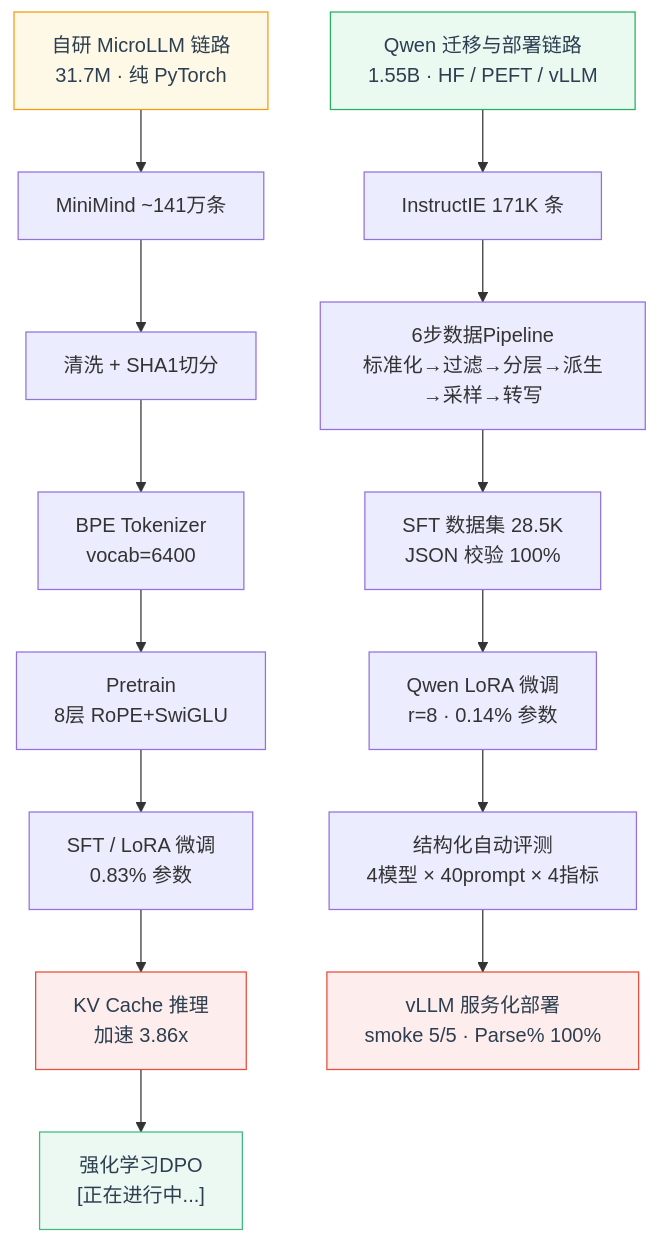
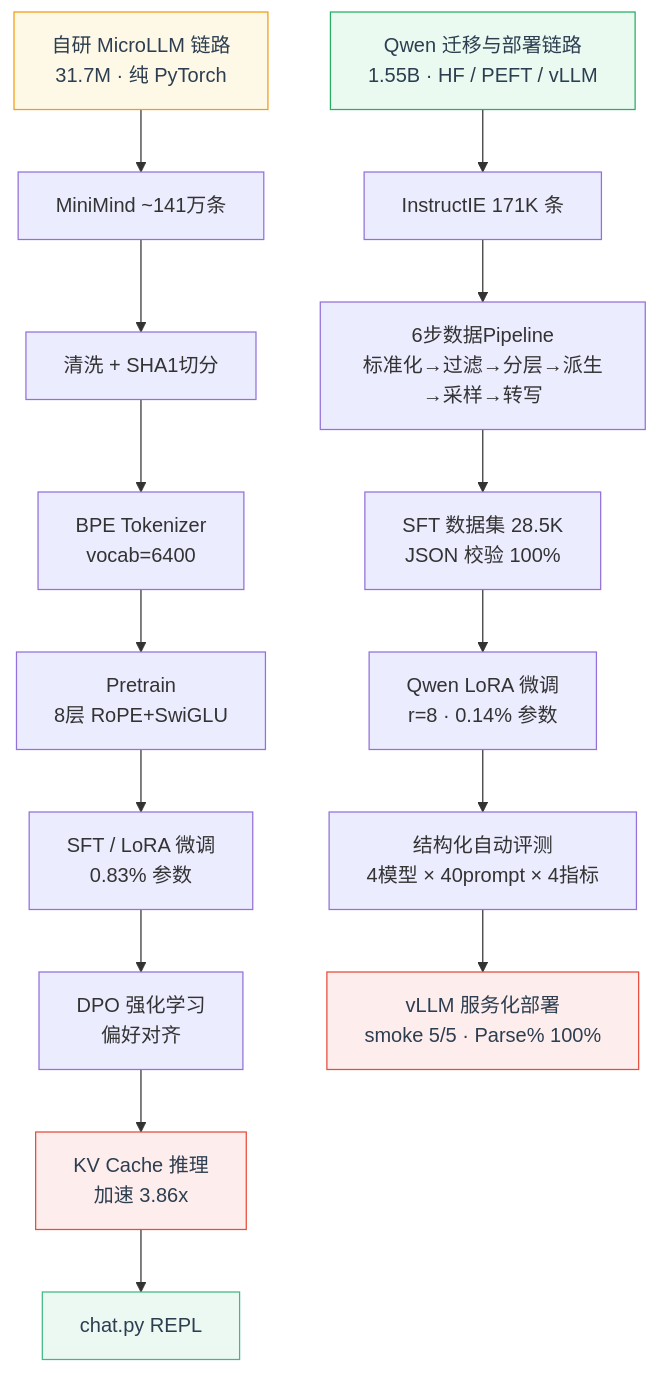
The diagram in README.md (ReadNULL/MicroLLM), drawn with Mermaid before and after one commit. The commit also changed other lines of this file, not shown here.

````diff
--- a/README.md
+++ b/README.md
@@ -28,26 +23,27 @@
 ```mermaid
 flowchart TB
     A["自研 MicroLLM 链路<br/>31.7M · 纯 PyTorch"]
     B["Qwen 迁移与部署链路<br/>1.55B · HF / PEFT / vLLM"]
 
     A --> A1["MiniMind ~141万条"]
     A1 --> A2["清洗 + SHA1切分"]
     A2 --> A3["BPE Tokenizer<br/>vocab=6400"]
     A3 --> A4["Pretrain<br/>8层 RoPE+SwiGLU"]
     A4 --> A5["SFT / LoRA 微调<br/>0.83% 参数"]
-    A5 --> A6["KV Cache 推理<br/>加速 3.86x"]
-    A6 --> A7["强化学习DPO<br/>[正在进行中...]"]
+    A5 --> A5b["DPO 强化学习<br/>偏好对齐"]
+    A5b --> A6["KV Cache 推理<br/>加速 3.86x"]
+    A6 --> A7["chat.py REPL"]
 
     B --> B1["InstructIE 171K 条"]
     B1 --> B2["6步数据Pipeline<br/>标准化→过滤→分层→派生→采样→转写"]
     B2 --> B3["SFT 数据集 28.5K<br/>JSON 校验 100%"]
     B3 --> B4["Qwen LoRA 微调<br/>r=8 · 0.14% 参数"]
     B4 --> B5["结构化自动评测<br/>4模型 × 40prompt × 4指标"]
     B5 --> B6["vLLM 服务化部署<br/>smoke 5/5 · Parse% 100%"]
 
     style A fill:#fef9e7,stroke:#f39c12,color:#2c3e50
     style B fill:#eafaf1,stroke:#27ae60,color:#2c3e50
     style A6 fill:#fdedec,stroke:#e74c3c,color:#2c3e50
     style A7 fill:#ECF8F2,stroke:#42B983,color:#2c3e50
     style B6 fill:#fdedec,stroke:#e74c3c,color:#2c3e50
 ```
````
